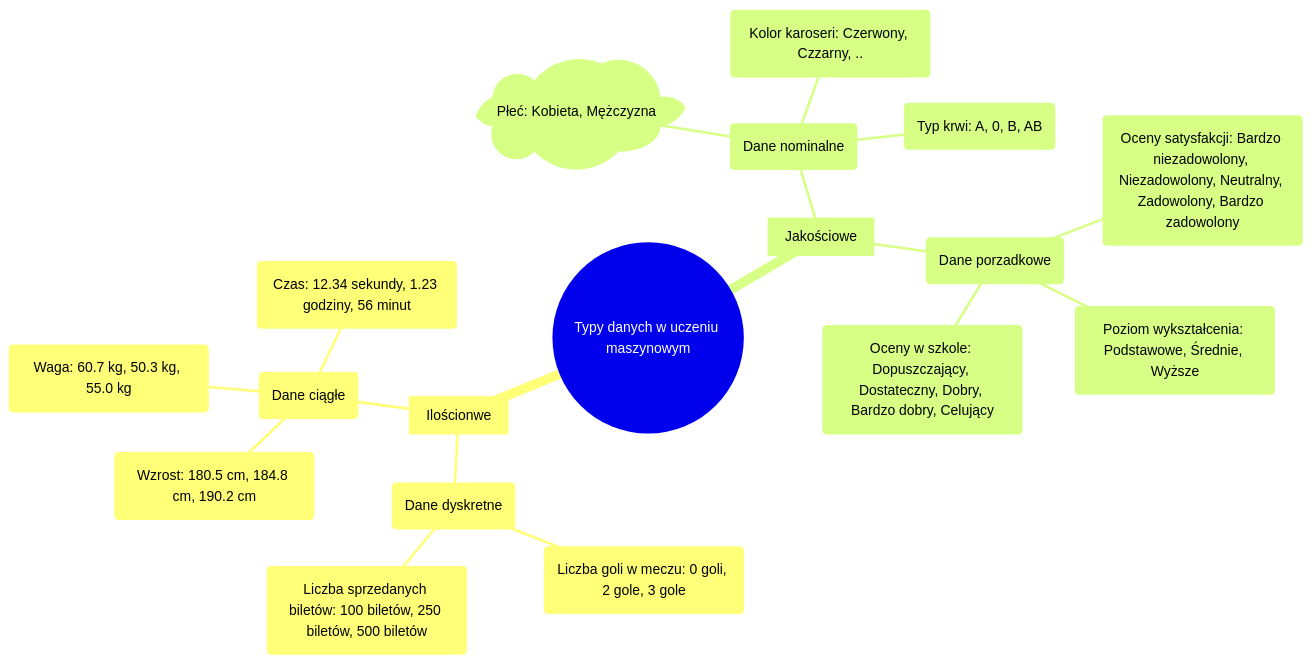
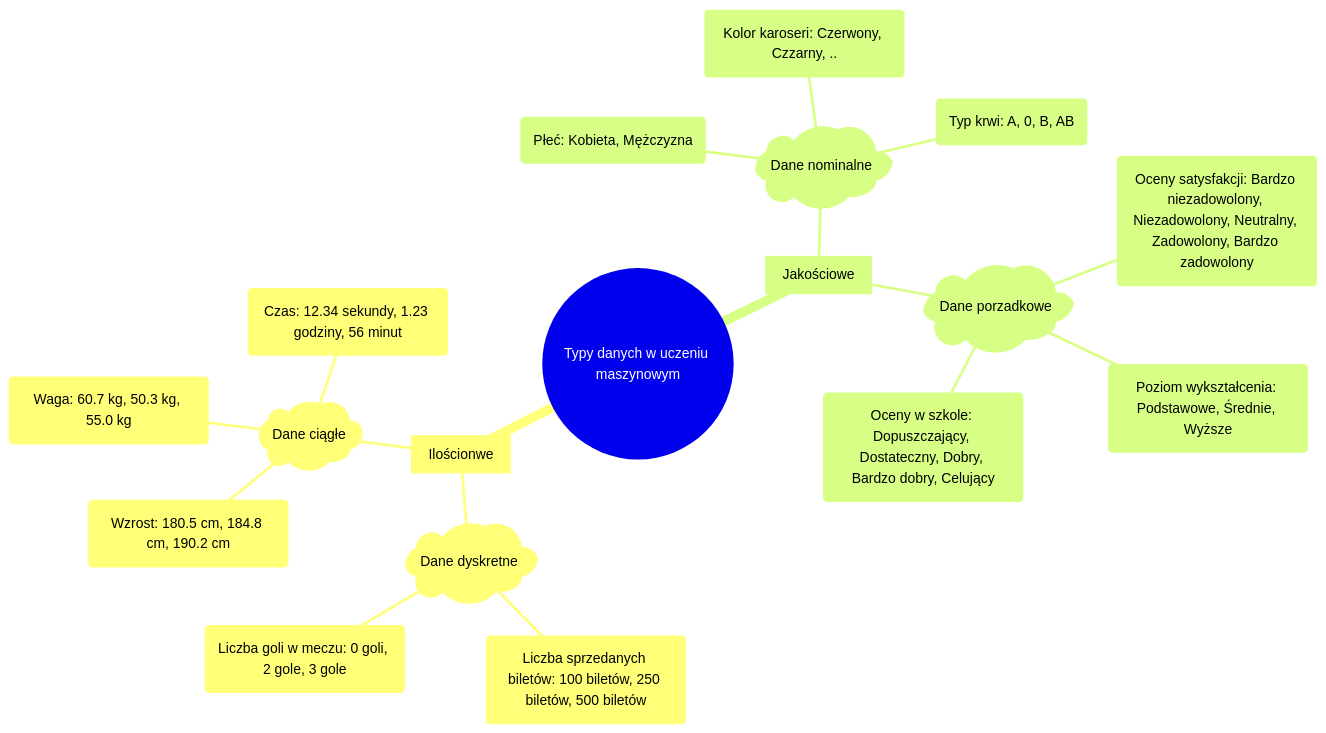
Before and after one commit to wgalka/SI: the diagram in DataTypes.md, drawn with Mermaid.

```diff
--- a/DataTypes.md
+++ b/DataTypes.md
@@ -8,21 +8,21 @@
 <div class="mermaid">
 mindmap
     id(("Typy danych w uczeniu maszynowym"))
         id2["Ilościonwe"]
-            id4("Dane dyskretne")
+            id4)"Dane dyskretne"(
                 id("Liczba goli w meczu: 0 goli, 2 gole, 3 gole")
                 id("Liczba sprzedanych biletów: 100 biletów, 250 biletów, 500 biletów")
-            id4("Dane ciągłe")
+            id4)"Dane ciągłe"(
                 id("Wzrost: 180.5 cm, 184.8 cm, 190.2 cm")
                 id("Waga: 60.7 kg, 50.3 kg, 55.0 kg")
                 id("Czas: 12.34 sekundy, 1.23 godziny, 56 minut")
         id3["Jakościowe"]
-            id5("Dane nominalne")
-                id)"Płeć: Kobieta, Mężczyzna"(
+            id5)"Dane nominalne"(
+                id("Płeć: Kobieta, Mężczyzna")
                 id("Kolor karoseri: Czerwony, Czzarny, ..")
                 id("Typ krwi: A, 0, B, AB")
-            id5("Dane porzadkowe")
+            id5)"Dane porzadkowe"(
                 id("Oceny satysfakcji: Bardzo niezadowolony, Niezadowolony, Neutralny, Zadowolony, Bardzo zadowolony")
                 id("Poziom wykształcenia: Podstawowe, Średnie, Wyższe")
                 id("Oceny w szkole: Dopuszczający, Dostateczny, Dobry, Bardzo dobry, Celujący")
 </div>
```
